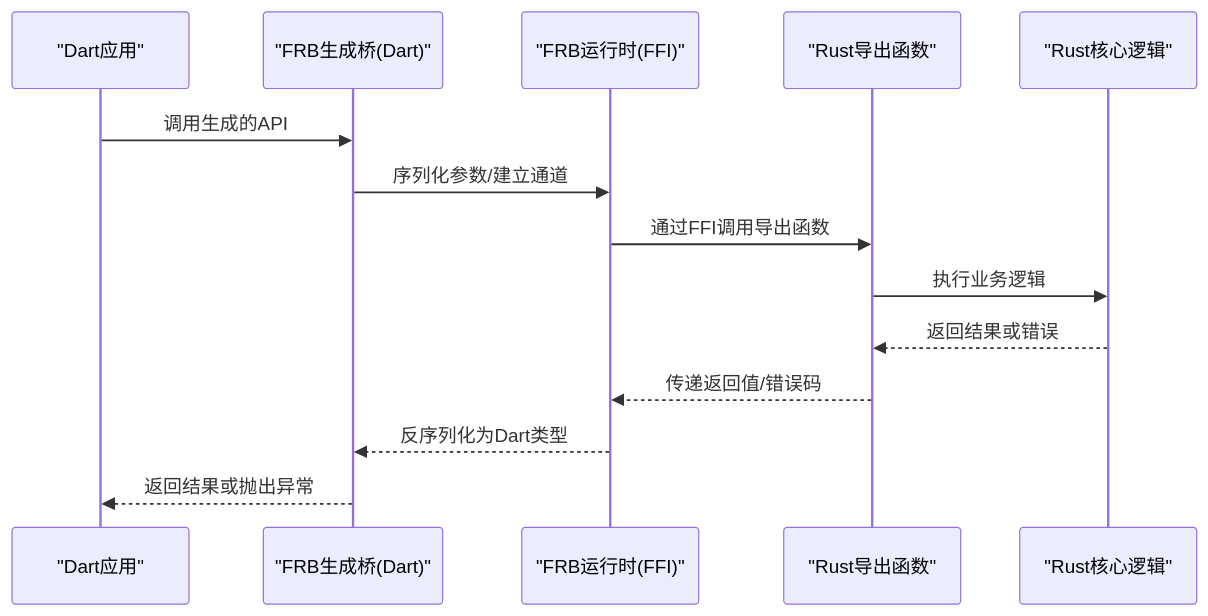
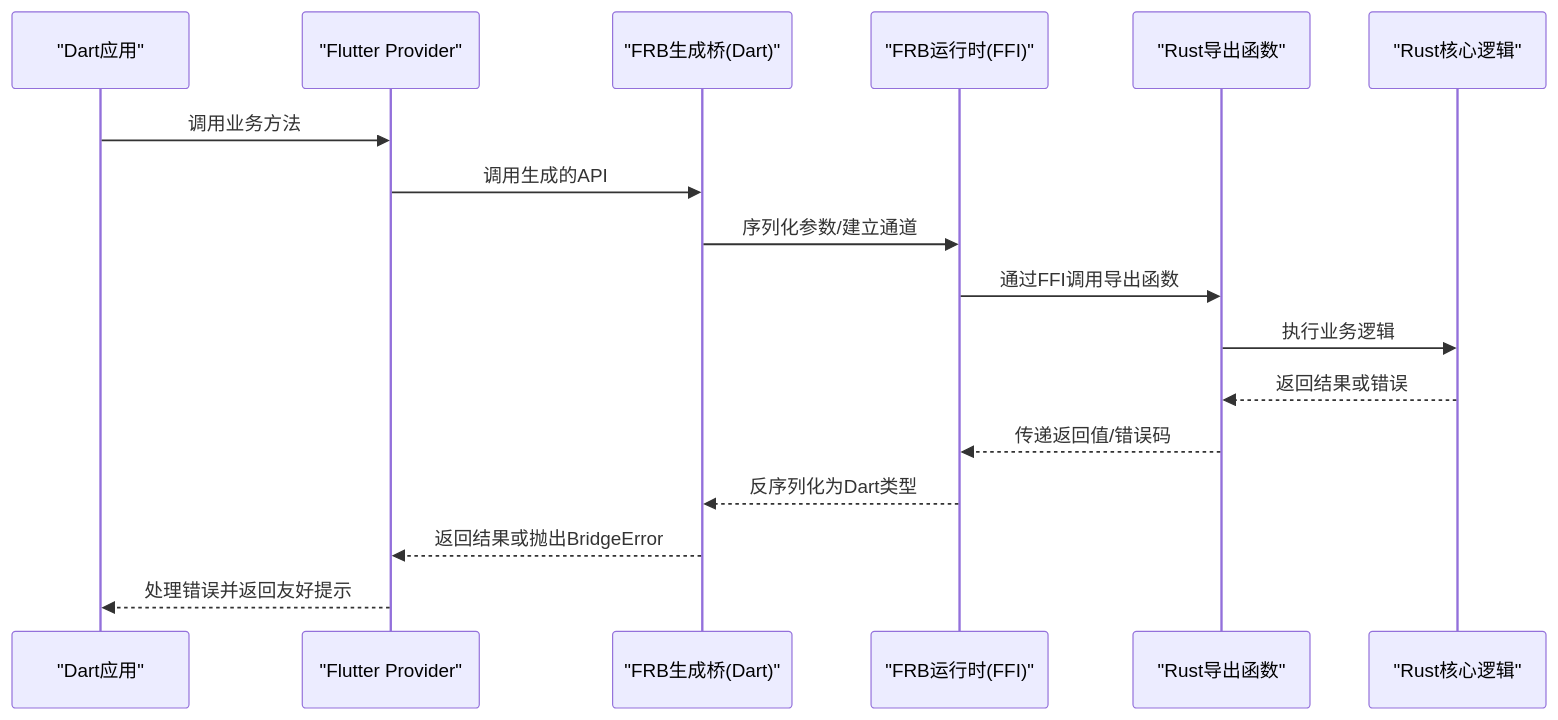
The second of 3 diagrams in .qoder/repowiki/zh/content/Flutter跨平台应用/FFI集成/FFI集成.md (ZhangGHGitHub/LegadoTeamFlutter), drawn with Mermaid before and after one commit. The commit also changed other lines of this file and 68 other files, not shown here.

````diff
--- a/.qoder/repowiki/zh/content/Flutter跨平台应用/FFI集成/FFI集成.md
+++ b/.qoder/repowiki/zh/content/Flutter跨平台应用/FFI集成/FFI集成.md
@@ -102,16 +115,19 @@
 ```mermaid
 sequenceDiagram
 participant Dart as "Dart应用"
+participant Provider as "Flutter Provider"
 participant Bridge as "FRB生成桥(Dart)"
 participant Native as "FRB运行时(FFI)"
 participant Rust as "Rust导出函数"
 participant Core as "Rust核心逻辑"
-Dart->>Bridge : 调用生成的API
+Dart->>Provider : 调用业务方法
+Provider->>Bridge : 调用生成的API
 Bridge->>Native : 序列化参数/建立通道
 Native->>Rust : 通过FFI调用导出函数
 Rust->>Core : 执行业务逻辑
 Core-->>Rust : 返回结果或错误
 Rust-->>Native : 传递返回值/错误码
 Native-->>Bridge : 反序列化为Dart类型
-Bridge-->>Dart : 返回结果或抛出异常
+Bridge-->>Provider : 返回结果或抛出BridgeError
+Provider-->>Dart : 处理错误并返回友好提示
 ```
````
